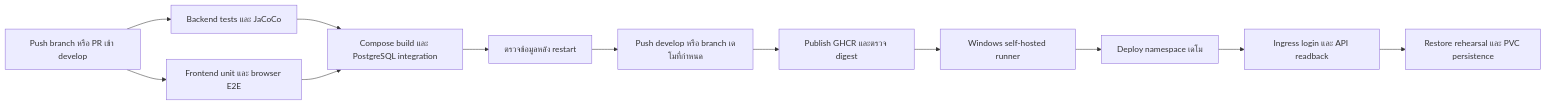
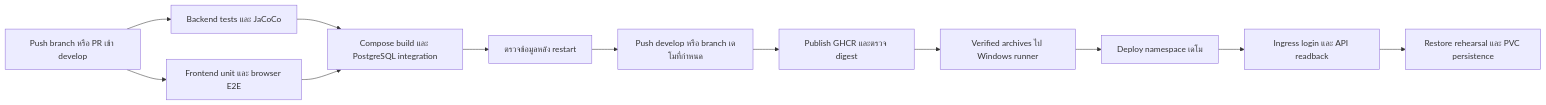
The diagram in docs/presentation-20261017/TEAM_HANDOFF_TH.md (MUDST-2026-Sabyeguyz/Sabyeguyz-Clinic_ERP), drawn with Mermaid before and after one commit. The commit also changed other lines of this file and 10 other files, not shown here.

Commit message:
fix(devops): transfer verified CI image archives to local Kubernetes

````diff
--- a/docs/presentation-20261017/TEAM_HANDOFF_TH.md
+++ b/docs/presentation-20261017/TEAM_HANDOFF_TH.md
@@ -29,14 +29,14 @@
 ```mermaid
 flowchart LR
   A[Push branch หรือ PR เข้า develop] --> B[Backend tests และ JaCoCo]
   A --> C[Frontend unit และ browser E2E]
   B --> D[Compose build และ PostgreSQL integration]
   C --> D
   D --> E[ตรวจข้อมูลหลัง restart]
   E --> F[Push develop หรือ branch เดโมที่กำหนด]
   F --> G[Publish GHCR และตรวจ digest]
-  G --> H[Windows self-hosted runner]
+  G --> H[Verified archives ไป Windows runner]
   H --> I[Deploy namespace เดโม]
   I --> J[Ingress login และ API readback]
   J --> K[Restore rehearsal และ PVC persistence]
 ```
````
